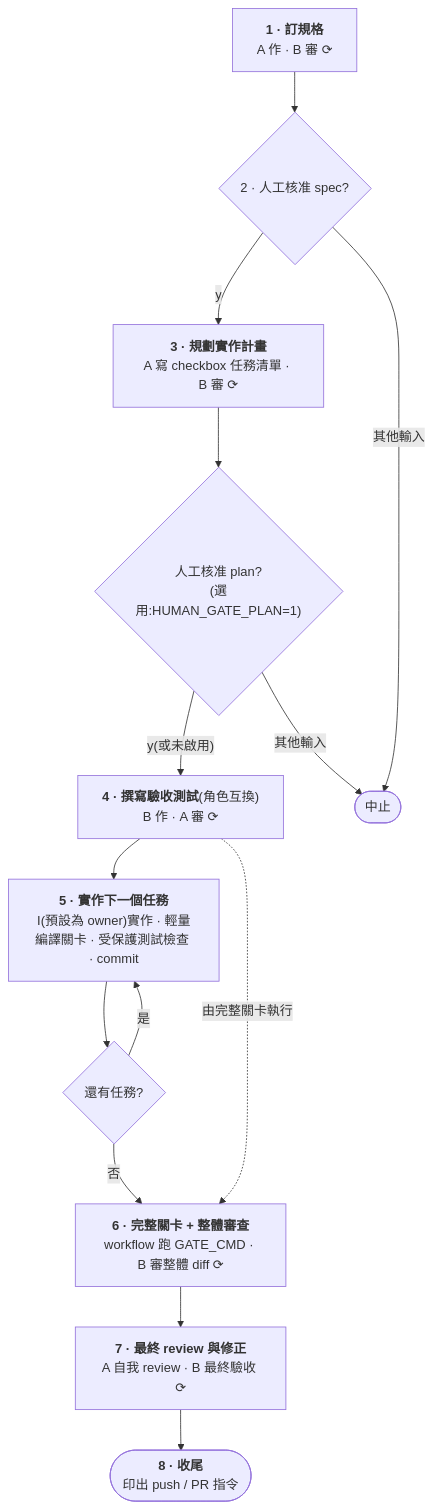
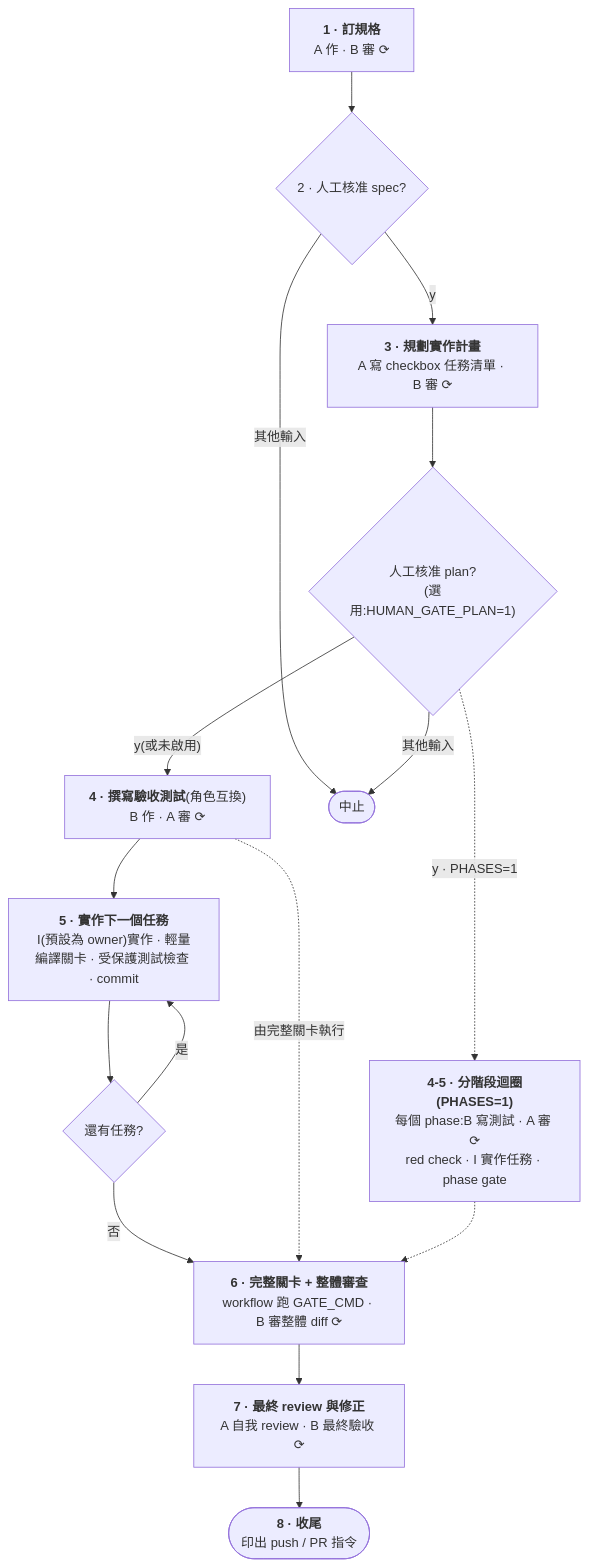
Before and after one commit to yhchiu/adversarial-ai-coding: the first of 2 diagrams in README.zh-TW.md, drawn with Mermaid. The commit also changed other lines of this file and 3 other files, not shown here.

````diff
--- a/README.zh-TW.md
+++ b/README.zh-TW.md
@@ -20,25 +20,28 @@
 ```mermaid
 flowchart TD
     spec["<b>1 · 訂規格</b><br/>A 作 · B 審 ⟳"]
     gate{"2 · 人工核准 spec?"}
     plan["<b>3 · 規劃實作計畫</b><br/>A 寫 checkbox 任務清單 · B 審 ⟳"]
     plangate{"人工核准 plan?<br/>(選用:HUMAN_GATE_PLAN=1)"}
     tests["<b>4 · 撰寫驗收測試</b>(角色互換)<br/>B 作 · A 審 ⟳"]
     task["<b>5 · 實作下一個任務</b><br/>I(預設為 owner)實作 · 輕量編譯關卡 · 受保護測試檢查 · commit"]
     more{"還有任務?"}
     branch["<b>6 · 完整關卡 + 整體審查</b><br/>workflow 跑 GATE_CMD · B 審整體 diff ⟳"]
     final["<b>7 · 最終 review 與修正</b><br/>A 自我 review · B 最終驗收 ⟳"]
     fin(["<b>8 · 收尾</b><br/>印出 push / PR 指令"])
     abort(["中止"])
 
     spec --> gate
     gate -- "y" --> plan
     gate -- "其他輸入" --> abort
     plan --> plangate
     plangate -- "y(或未啟用)" --> tests
     plangate -- "其他輸入" --> abort
     tests --> task --> more
     more -- "是" --> task
     more -- "否" --> branch --> final --> fin
     tests -. "由完整關卡執行" .-> branch
+    phased["<b>4-5 · 分階段迴圈(PHASES=1)</b><br/>每個 phase:B 寫測試 · A 審 ⟳<br/>red check · I 實作任務 · phase gate"]
+    plangate -. "y · PHASES=1" .-> phased
+    phased -.-> branch
 ```
````
